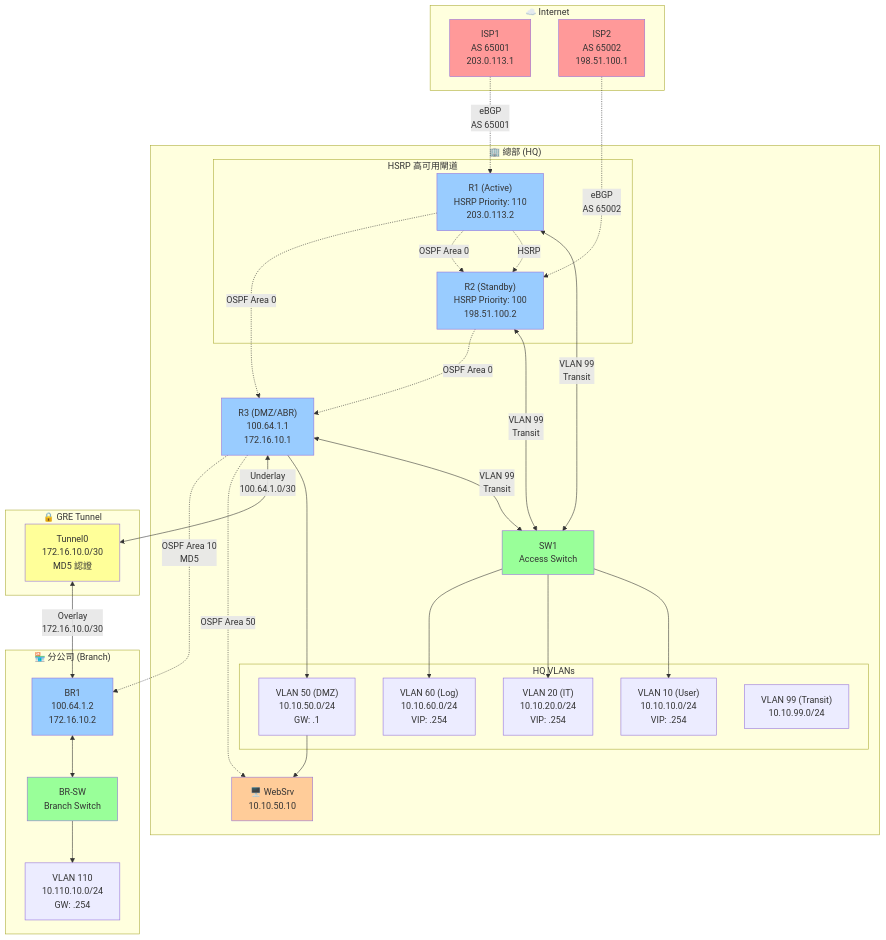
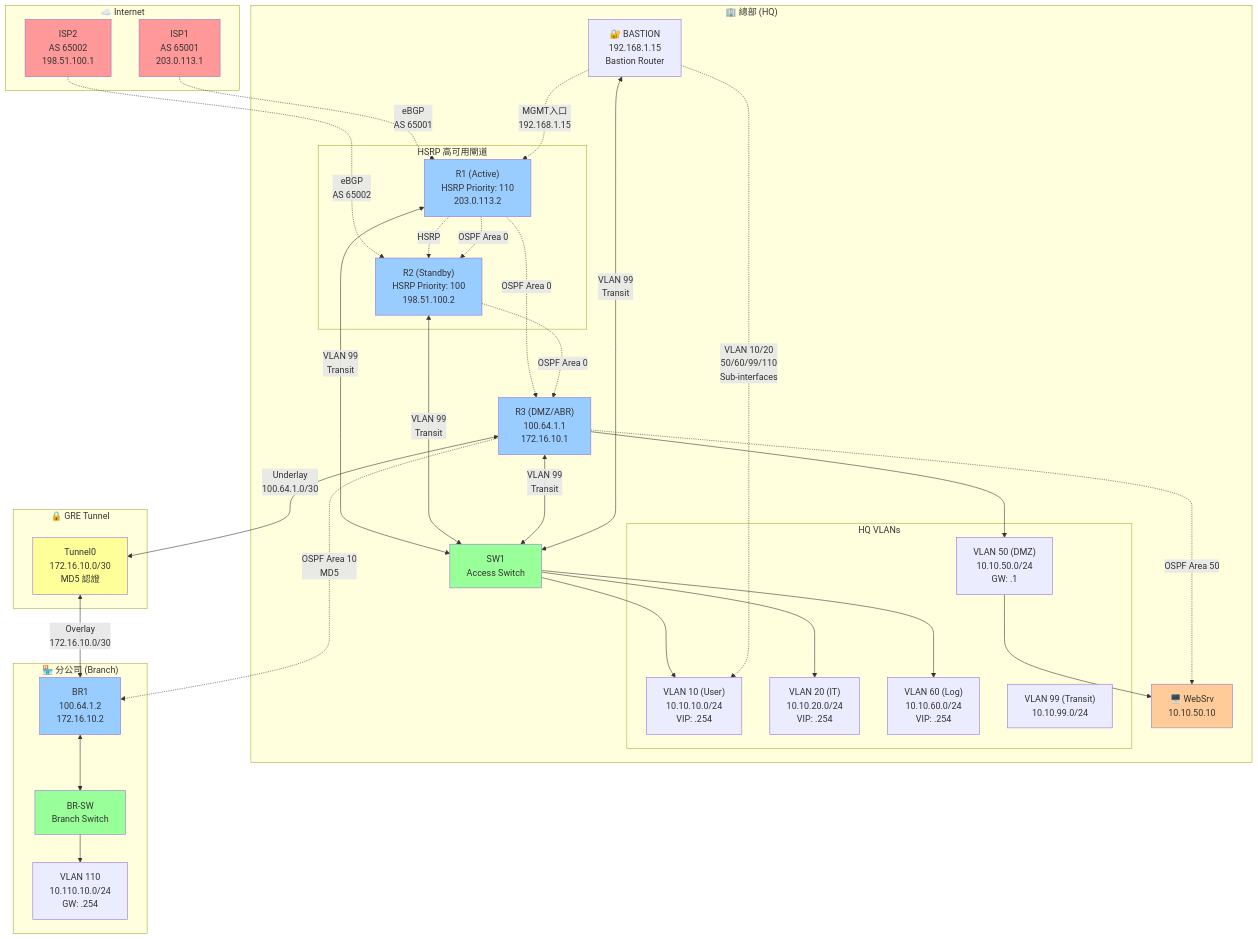
The first of 8 diagrams in ARCHITECTURE.md (Riven-dev1030/ansible_network-lab), drawn with Mermaid before and after one commit. The commit also changed other lines of this file and 2 other files, not shown here.

First line of the commit message:
Add bastion jump host configuration for MGMT network access

```diff
--- a/ARCHITECTURE.md
+++ b/ARCHITECTURE.md
@@ -17,6 +17,7 @@
 
         R3["R3 (DMZ/ABR)<br/>100.64.1.1<br/>172.16.10.1"]
         SW1["SW1<br/>Access Switch"]
+        BASTION["🔐 BASTION<br/>192.168.1.15<br/>Bastion Router"]
 
         subgraph VLANs["HQ VLANs"]
             VLAN10["VLAN 10 (User)<br/>10.10.10.0/24<br/>VIP: .254"]
@@ -47,11 +48,15 @@
     R1 <-->|"VLAN 99<br/>Transit"| SW1
     R2 <-->|"VLAN 99<br/>Transit"| SW1
     R3 <-->|"VLAN 99<br/>Transit"| SW1
+    BASTION <-->|"VLAN 99<br/>Transit"| SW1
 
     SW1 --> VLAN10
     SW1 --> VLAN20
     SW1 --> VLAN60
     R3 --> VLAN50
+
+    BASTION -.->|"VLAN 10/20<br/>50/60/99/110<br/>Sub-interfaces"| VLAN10
+    BASTION -.->|"MGMT入口<br/>192.168.1.15"| R1
 
     R1 -.->|"HSRP"| R2
 
```
